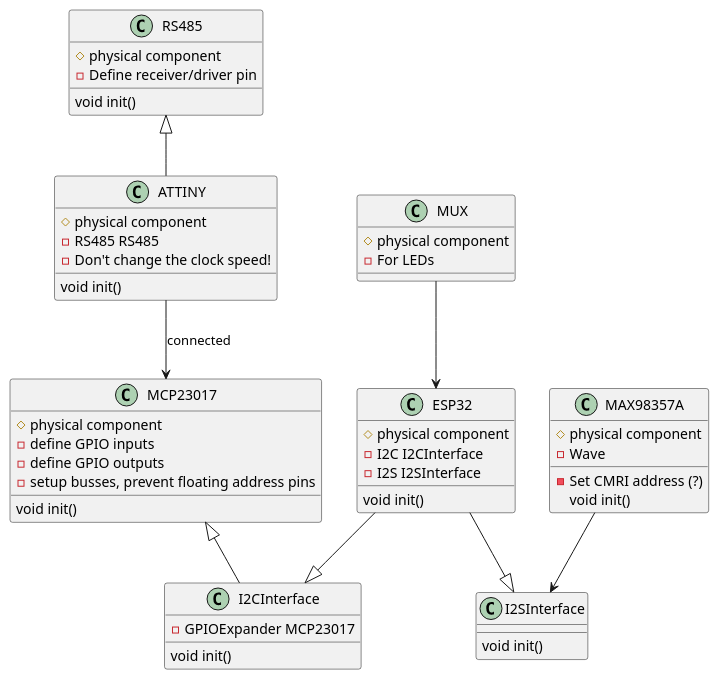
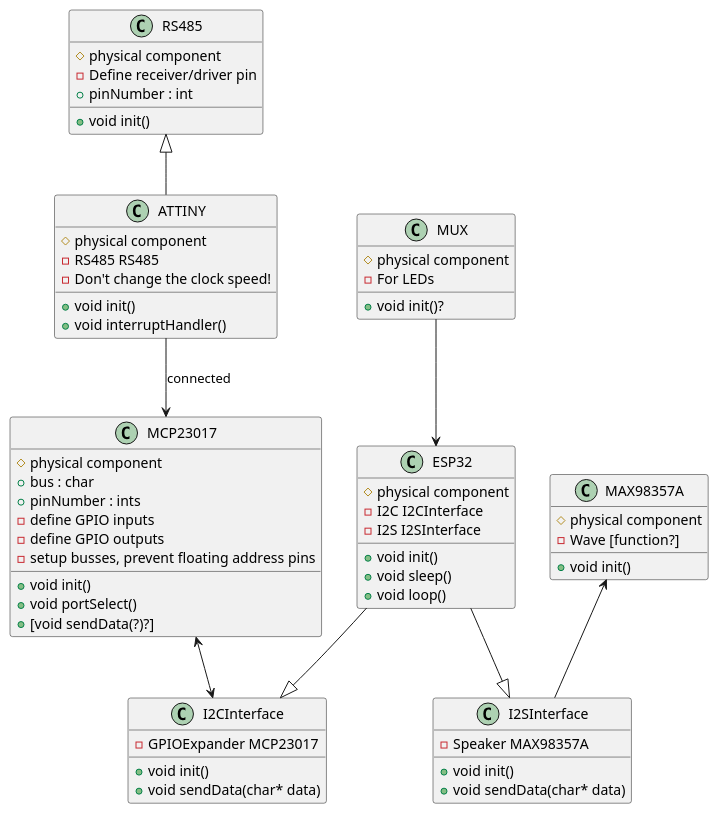
One commit to nathe6/ENGR696-Braille changed the diagram in Braille_Project/main/I2C.puml. Above: the diagram before and after it, drawn with PlantUML. The commit also changed 1 other file, not shown here.

```diff
--- a/Braille_Project/main/I2C.puml
+++ b/Braille_Project/main/I2C.puml
@@ -1,65 +1,77 @@
 @startuml ESP32
 
 together {
 
     class ESP32 {
         # physical component
         - I2C I2CInterface
         - I2S I2SInterface
-        void init()
+        + void init()
+        + void sleep()
+        + void loop()
     }
 
     class I2CInterface {
         - GPIOExpander MCP23017
-        void init()
+        + void init()
+        + void sendData(char* data)
     }
 
     class I2SInterface {
-        void init()
+        - Speaker MAX98357A
+        + void init()
+        + void sendData(char* data)
     }
 
     class ATTINY {
         # physical component
         - RS485 RS485
         - Don't change the clock speed!
-        void init()
+        + void init()
+        + void interruptHandler()
         
     }
 
     class RS485 {
         # physical component
         - Define receiver/driver pin
-        void init()
+        + pinNumber : int
+        + void init()
     }
 
     class MCP23017 {
         # physical component
+        + bus : char
+        + pinNumber : ints
         - define GPIO inputs
         - define GPIO outputs
         - setup busses, prevent floating address pins
-        void init()
+        + void init()
+        + void portSelect()
+        + [void sendData(?)?]
+
     }
 
     class MAX98357A {
         # physical component
-        - Wave
-        - Set CMRI address (?)
-        void init()
+        - Wave [function?]
+        + void init()
     }
 
     class MUX {
         # physical component
         - For LEDs
+        + void init()?
     }
 
     ESP32 --|> I2CInterface
     ESP32 --|> I2SInterface
-    MCP23017 <|-- I2CInterface
+    MCP23017 <--> I2CInterface
     ATTINY --> MCP23017 : connected 
     RS485 <|-- ATTINY
-    MAX98357A --> I2SInterface
+    MAX98357A <-- I2SInterface
     MUX --> ESP32
 
 }
 
 @enduml
```
